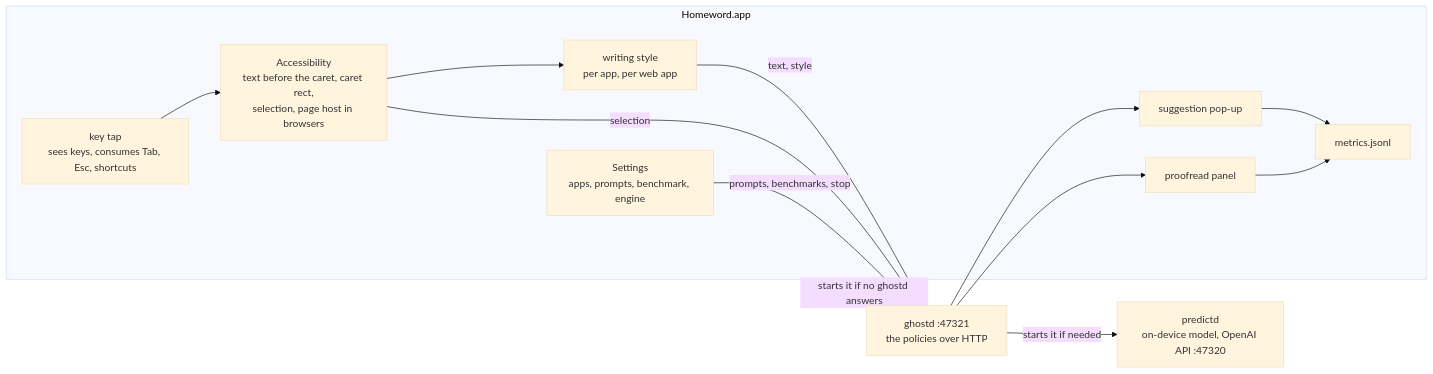
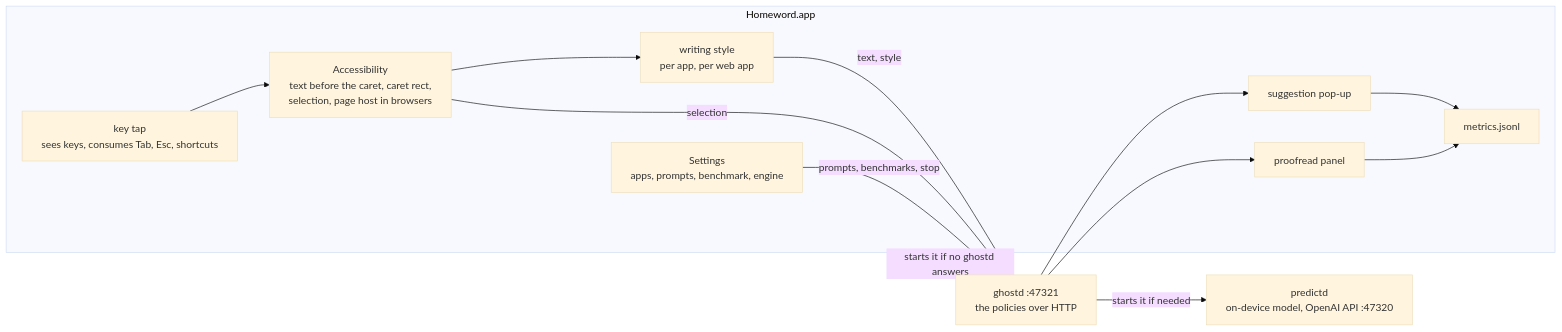
The diagram in app/README.md (FreemanX/Homeword), drawn with Mermaid (base theme) before and after one commit. The commit also changed 6 other files, not shown here.

First line of the commit message:
Mermaid: wider text in flowchart boxes

````diff
--- a/app/README.md
+++ b/app/README.md
@@ -30,25 +30,26 @@
 ```mermaid
+%%{init: {"flowchart": {"wrappingWidth": 480}}}%%
 flowchart LR
     subgraph app["Homeword.app"]
         tap["key tap<br/>sees keys, consumes Tab, Esc, shortcuts"]
         ax["Accessibility<br/>text before the caret, caret rect,<br/>selection, page host in browsers"]
         sty["writing style<br/>per app, per web app"]
         pop["suggestion pop-up"]
         proof["proofread panel"]
         set["Settings<br/>apps, prompts, benchmark, engine"]
         met["metrics.jsonl"]
     end
     srv["ghostd :47321<br/>the policies over HTTP"]
     d["predictd<br/>on-device model, OpenAI API :47320"]
     tap --> ax
     ax --> sty
     sty -->|"text, style"| srv
     srv --> pop
     ax -->|"selection"| srv
     srv --> proof
     set -->|"prompts, benchmarks, stop"| srv
     app -.->|"starts it if no ghostd answers"| srv
     pop --> met
     proof --> met
     srv -->|"starts it if needed"| d
 ```
````
